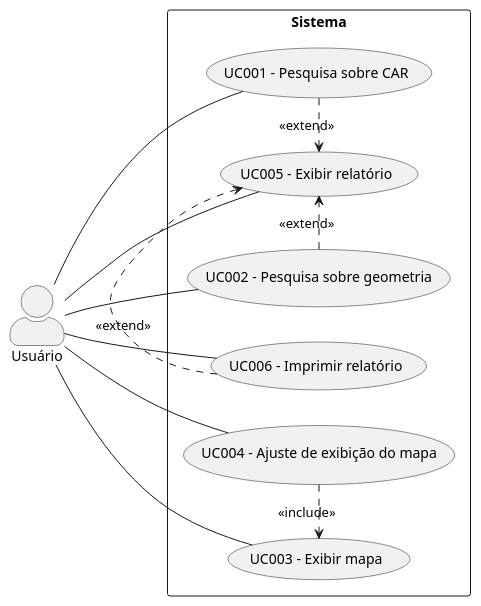
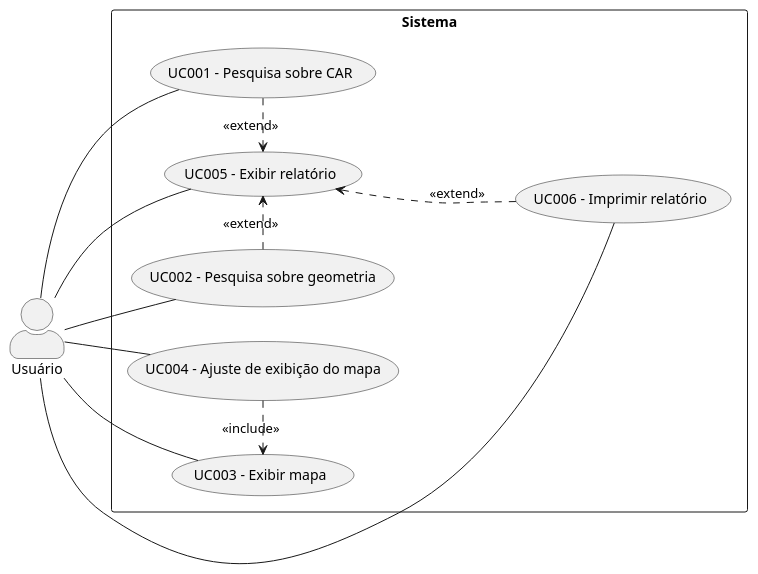
One commit to ruralgises/documentation changed the diagram in use-case-diagram/use-case-diagram.plantuml. Above: the diagram before and after it, drawn with PlantUML.

```diff
--- a/use-case-diagram/use-case-diagram.plantuml
+++ b/use-case-diagram/use-case-diagram.plantuml
@@ -1,25 +1,27 @@
 @startuml
 skinparam actorStyle awesome
 left to right direction
+
 Usuário as User
+
 rectangle Sistema {
-usecase "UC005 - Exibir relatório" as UC05
-usecase "UC006 - Imprimir relatório" as UC06
-usecase "UC001 - Pesquisa sobre CAR" as UC01
-usecase "UC002 - Pesquisa sobre geometria" as UC02
-usecase "UC003 - Exibir mapa" as UC03
-usecase "UC004 - Ajuste de exibição do mapa" as UC04
+    usecase "UC001 - Pesquisa sobre CAR" as UC01
+    User -- UC01
+    usecase "UC002 - Pesquisa sobre geometria" as UC02
+    User -- UC02
+    usecase "UC003 - Exibir mapa" as UC03
+    User -- UC03
+    usecase "UC004 - Ajuste de exibição do mapa" as UC04
+    User -- UC04
+    usecase "UC005 - Exibir relatório" as UC05
+    User -- UC05
+    usecase "UC006 - Imprimir relatório" as UC06
+    User -- UC06
 }
 
-:User: -- (UC01)
-:User: -- (UC02)
-:User: -- (UC03)
-:User: -- (UC04)
-:User: -- (UC05)
-:User: -- (UC06)
-
-UC01 .> UC05: <<extend>>
-UC02 .> UC05: <<extend>>
-UC06 .> UC05: <<extend>>
-UC04 .> UC03: <<include>>
+UC01 .> UC05 : <<extend>>
+UC02 .> UC05 : <<extend>>
+UC06 .> UC05 : <<extend>>
+UC04 .> UC03 : <<include>>
+UC05 -[hidden]-> UC06
 @enduml
```
